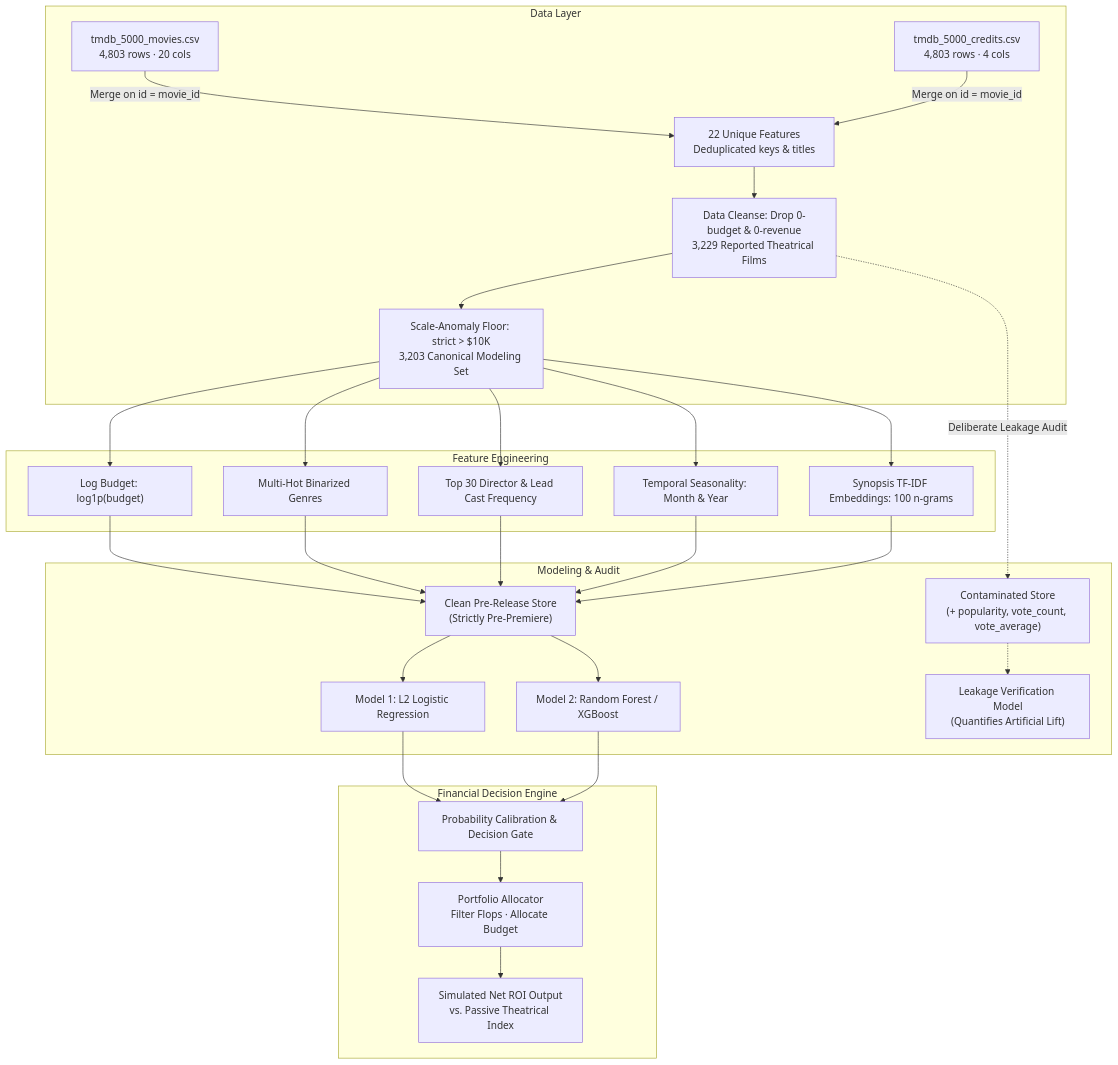
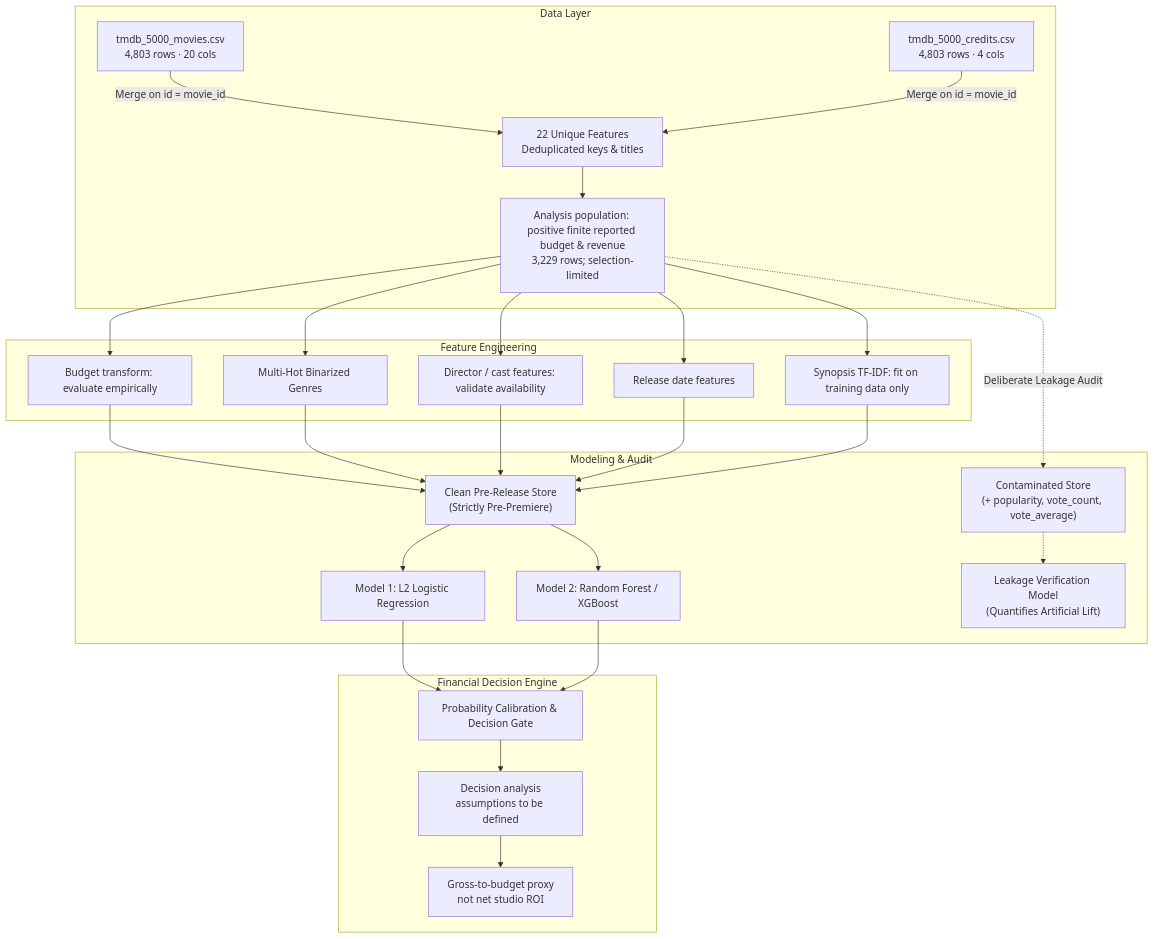
Before and after one commit to andreisugu/greenlight-ml: the diagram in README.md, drawn with Mermaid. The commit also changed other lines of this file and 15 other files, not shown here.

````diff
--- a/README.md
+++ b/README.md
@@ -115,33 +107,32 @@
 ```mermaid
 flowchart TD
     subgraph Data Layer
         A1[tmdb_5000_movies.csv<br/>4,803 rows · 20 cols] 
         A2[tmdb_5000_credits.csv<br/>4,803 rows · 4 cols]
         A1 & A2 -->|Merge on id = movie_id| B[22 Unique Features<br/>Deduplicated keys & titles]
-        B --> C[Data Cleanse: Drop 0-budget & 0-revenue<br/>3,229 Reported Theatrical Films]
-        C --> C2[Scale-Anomaly Floor: strict > $10K<br/>3,203 Canonical Modeling Set]
+        B --> C[Analysis population: positive finite reported budget & revenue<br/>3,229 rows; selection-limited]
     end
 
     subgraph Feature Engineering
-        C2 --> D1["Log Budget: log1p(budget)"]
-        C2 --> D2[Multi-Hot Binarized Genres]
-        C2 --> D3[Top 30 Director & Lead Cast Frequency]
-        C2 --> D4[Temporal Seasonality: Month & Year]
-        C2 --> D5[Synopsis TF-IDF Embeddings: 100 n-grams]
+        C --> D1["Budget transform: evaluate empirically"]
+        C --> D2[Multi-Hot Binarized Genres]
+        C --> D3[Director / cast features: validate availability]
+        C --> D4[Release date features]
+        C --> D5[Synopsis TF-IDF: fit on training data only]
     end
 
     subgraph Modeling & Audit
         D1 & D2 & D3 & D4 & D5 --> E1["Clean Pre-Release Store<br/>(Strictly Pre-Premiere)"]
         E1 --> F1[Model 1: L2 Logistic Regression]
         E1 --> F2[Model 2: Random Forest / XGBoost]
         
         C -.->|Deliberate Leakage Audit| E2["Contaminated Store<br/>(+ popularity, vote_count, vote_average)"]
         E2 -.-> F3["Leakage Verification Model<br/>(Quantifies Artificial Lift)"]
     end
 
     subgraph Financial Decision Engine
         F1 & F2 --> G[Probability Calibration & Decision Gate]
-        G --> H["Portfolio Allocator<br/>Filter Flops · Allocate Budget"]
-        H --> I["Simulated Net ROI Output<br/>vs. Passive Theatrical Index"]
+        G --> H["Decision analysis<br/>assumptions to be defined"]
+        H --> I["Gross-to-budget proxy<br/>not net studio ROI"]
     end
 ```
````
